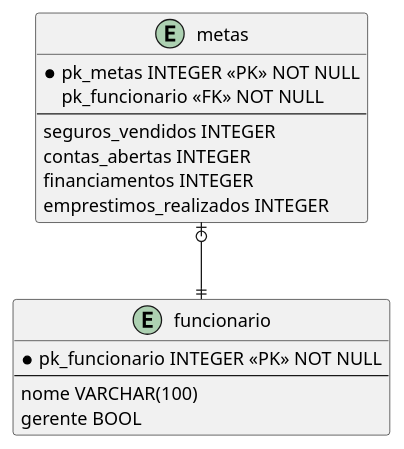
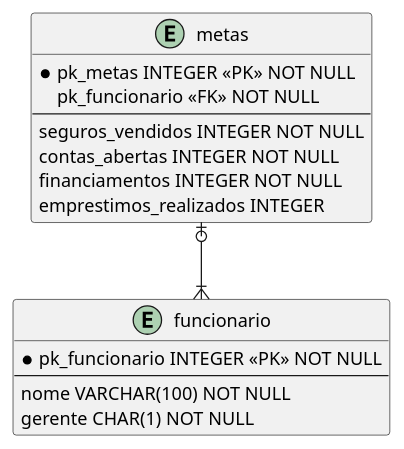
One commit to galaticghost/NovaGuieqKlarrind changed the diagram in modelagem/entregavel2/metasInstituicaoFinanceira/instituicaoFinanceira.wsd. Above: the diagram before and after it, drawn with PlantUML. The commit also changed 24 other files, not shown here.

```diff
--- a/modelagem/entregavel2/metasInstituicaoFinanceira/instituicaoFinanceira.wsd
+++ b/modelagem/entregavel2/metasInstituicaoFinanceira/instituicaoFinanceira.wsd
@@ -1,22 +1,22 @@
 @startuml Instituição Financeira
 
 entity metas{
     *pk_metas INTEGER <<PK>> NOT NULL
     pk_funcionario <<FK>> NOT NULL
     --
-    seguros_vendidos INTEGER
-    contas_abertas INTEGER
-    financiamentos INTEGER
+    seguros_vendidos INTEGER NOT NULL
+    contas_abertas INTEGER NOT NULL
+    financiamentos INTEGER NOT NULL
     emprestimos_realizados INTEGER
 }
 
 entity funcionario{
     *pk_funcionario INTEGER <<PK>> NOT NULL
     --
-    nome VARCHAR(100)
-    gerente BOOL
+    nome VARCHAR(100) NOT NULL
+    gerente CHAR(1) NOT NULL
 }
 
-metas |o--|| funcionario
+metas |o--|{ funcionario
 
 @enduml
```
